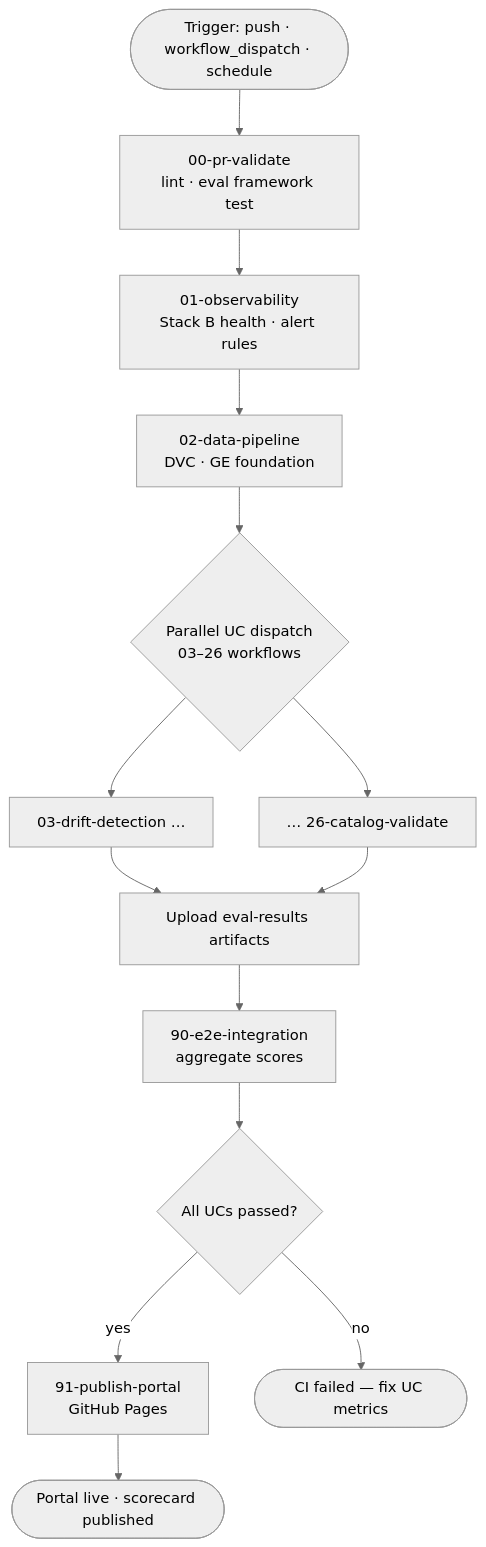
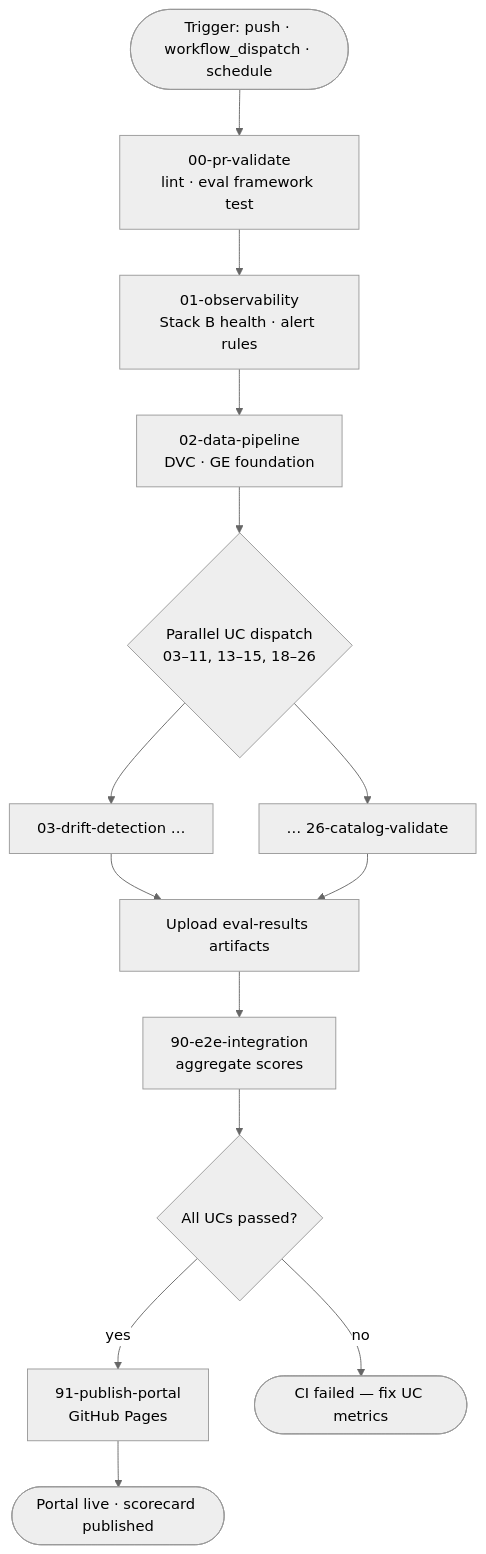
One commit to sanjeev0120test/observable-mlops-platform changed diagram 32 of 55 in README.md. Above: the diagram before and after it, drawn with Mermaid (neutral theme). The commit also changed other lines of this file, not shown here.

````diff
--- a/README.md
+++ b/README.md
@@ -2259,22 +2263,22 @@
 ```mermaid
 flowchart TD
     START(["Trigger: push · workflow_dispatch · schedule"])
     P0["00-pr-validate<br/>lint · eval framework test"]
     P1["01-observability<br/>Stack B health · alert rules"]
     P2["02-data-pipeline<br/>DVC · GE foundation"]
-    PAR{"Parallel UC dispatch<br/>03–26 workflows"}
+    PAR{"Parallel UC dispatch<br/>03–11, 13–15, 18–26"}
     UC1["03-drift-detection …"]
     UCN["… 26-catalog-validate"]
     COLLECT["Upload eval-results artifacts"]
     E2E["90-e2e-integration<br/>aggregate scores"]
     PASS{"All UCs passed?"}
     PORTAL["91-publish-portal<br/>GitHub Pages"]
     FAIL(["CI failed — fix UC metrics"])
     DONE(["Portal live · scorecard published"])
 
     START --> P0 --> P1 --> P2 --> PAR
     PAR --> UC1 & UCN
     UC1 & UCN --> COLLECT --> E2E --> PASS
     PASS -->|yes| PORTAL --> DONE
     PASS -->|no| FAIL
 ```
````
